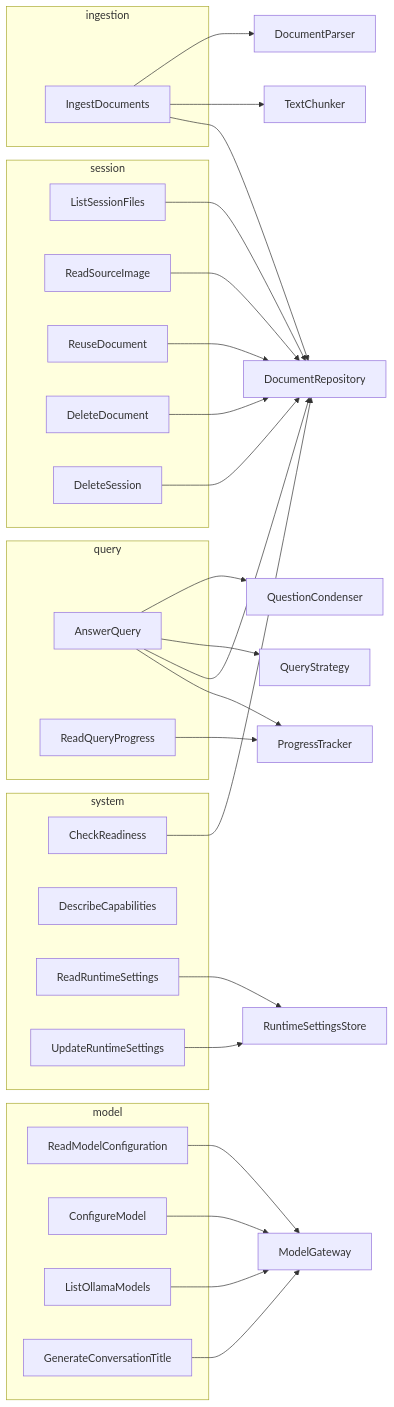
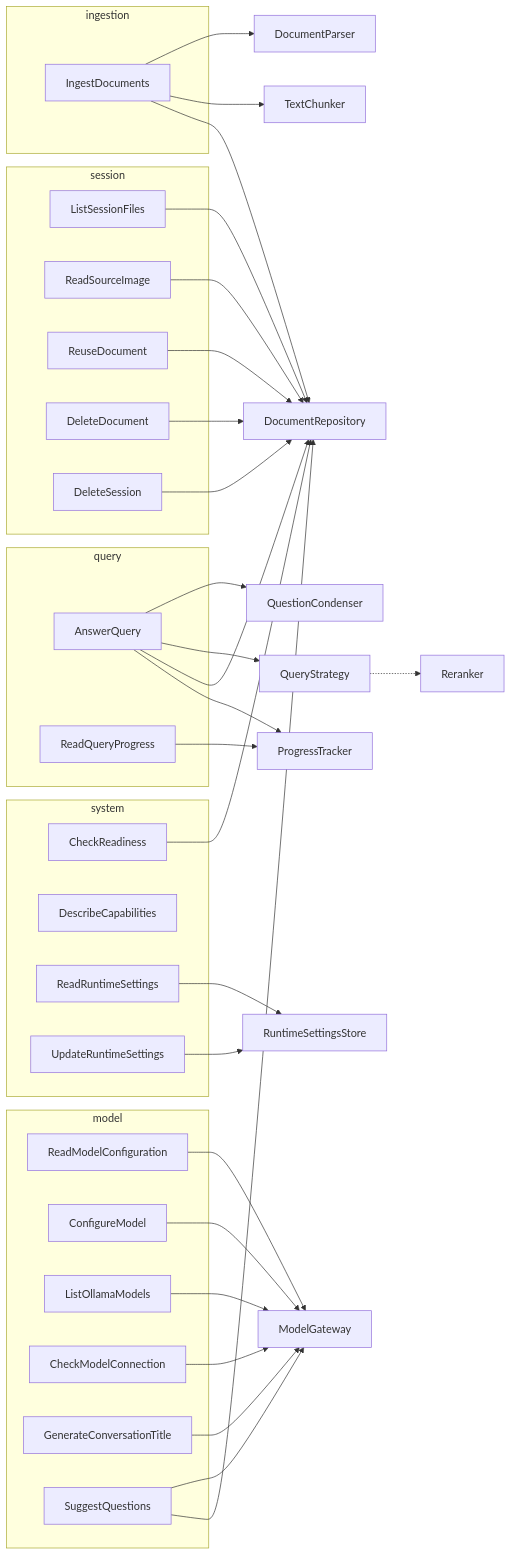
One commit to Pooria82/ParsRAG changed the diagram in docs/architecture/use-cases.md. Above: the diagram before and after it, drawn with Mermaid. The commit also changed other lines of this file and 157 other files, not shown here.

````diff
--- a/docs/architecture/use-cases.md
+++ b/docs/architecture/use-cases.md
@@ -10,36 +10,40 @@
 ```mermaid
 flowchart LR
     subgraph ingestion
         ID[IngestDocuments]
     end
     subgraph query
         AQ[AnswerQuery]
         RQP[ReadQueryProgress]
     end
     subgraph session
         LSF[ListSessionFiles]
         RSI[ReadSourceImage]
         RD[ReuseDocument]
         DD[DeleteDocument]
         DS[DeleteSession]
     end
     subgraph model
         RMC[ReadModelConfiguration]
         CM[ConfigureModel]
         LOM[ListOllamaModels]
+        CMC[CheckModelConnection]
         GCT[GenerateConversationTitle]
+        SQ[SuggestQuestions]
     end
     subgraph system
         CR[CheckReadiness]
         DC[DescribeCapabilities]
         RRS[ReadRuntimeSettings]
         URS[UpdateRuntimeSettings]
     end
     ID --> DocumentParser & TextChunker & DocumentRepository
     AQ --> QuestionCondenser & QueryStrategy & DocumentRepository & ProgressTracker
     RQP --> ProgressTracker
     LSF & RSI & RD & DD & DS --> DocumentRepository
     RRS & URS --> RuntimeSettingsStore
-    RMC & CM & LOM & GCT --> ModelGateway
+    RMC & CM & LOM & CMC & GCT & SQ --> ModelGateway
+    SQ --> DocumentRepository
+    QueryStrategy -.-> Reranker
     CR --> DocumentRepository
 ```
````
